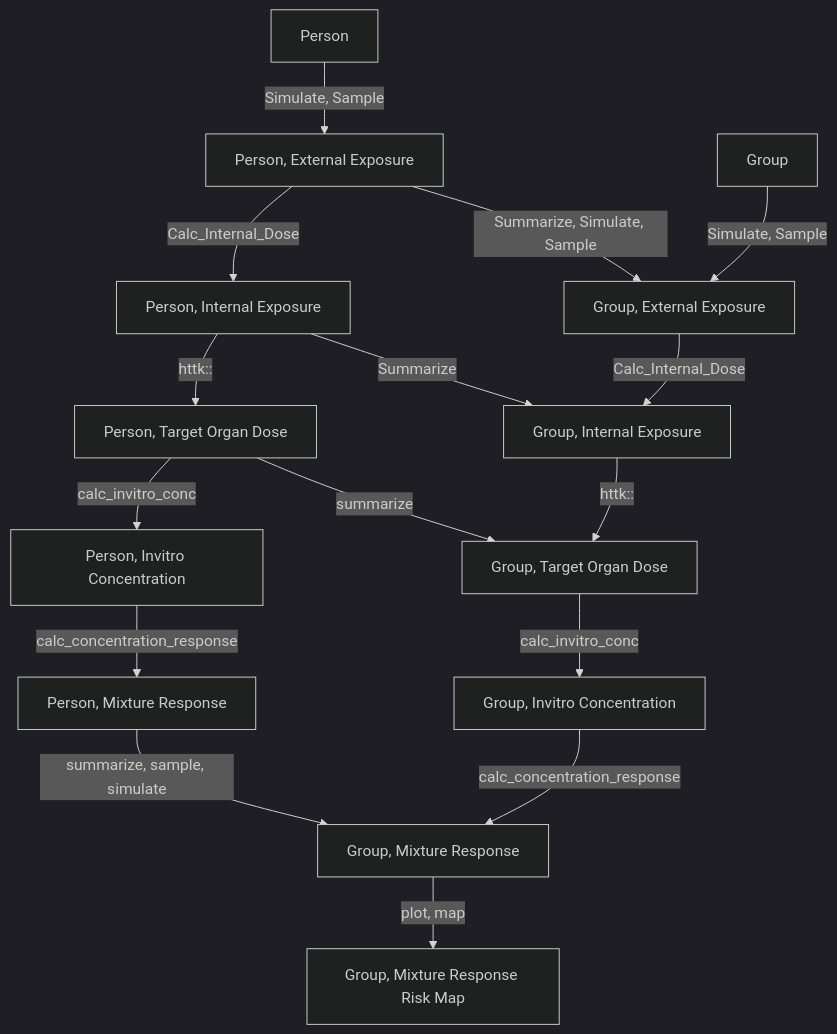
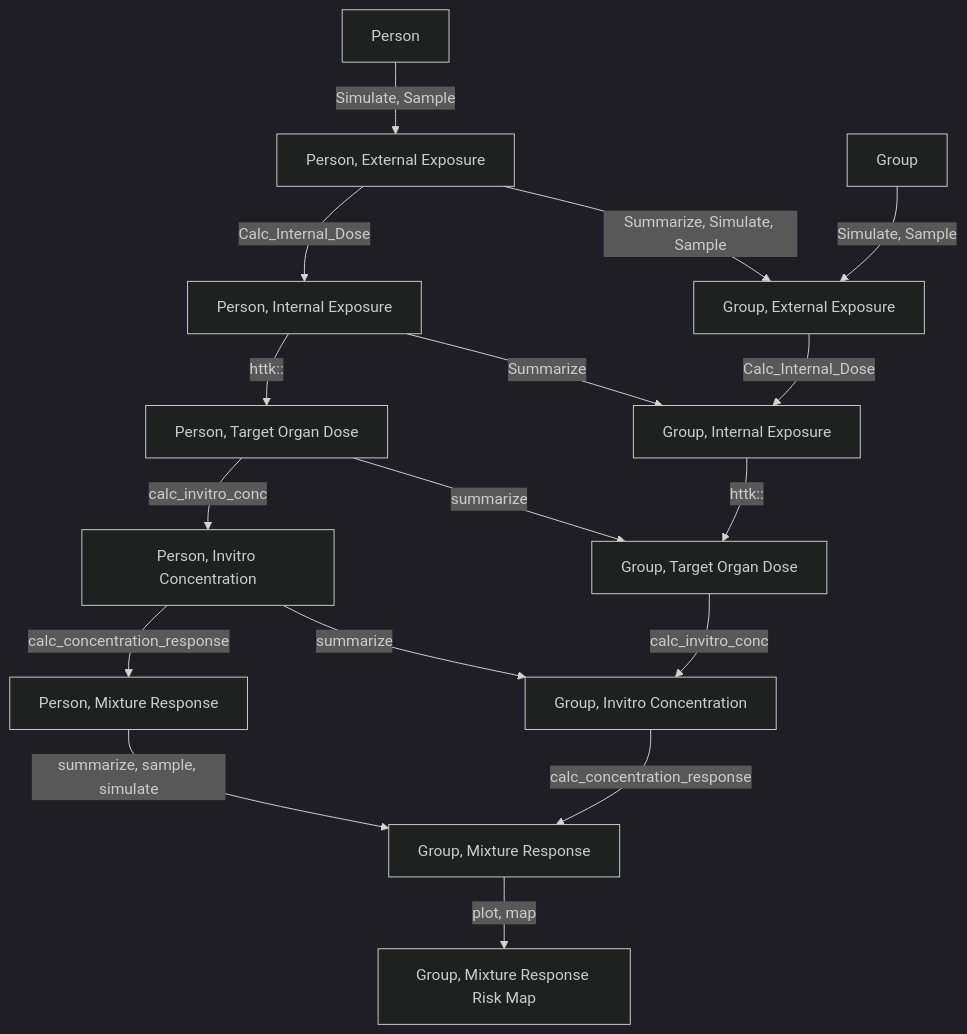
The second of 2 diagrams in pipeline.md (NIEHS/GeoTox), drawn with Mermaid (dark theme) before and after one commit.

````diff
--- a/pipeline.md
+++ b/pipeline.md
@@ -17,19 +17,20 @@
 ```mermaid
 graph TB;
     P1[Person] --> |Simulate, Sample| P2[Person, External Exposure];
     G1[Group] --> |Simulate, Sample| G2[Group, External Exposure];
     P2[Person, External Exposure] --> |Summarize, Simulate, Sample| G2[Group, External Exposure];
     P2[Person, External Exposure] --> |Calc_Internal_Dose| P3[Person, Internal Exposure];
     P3[Person, Internal Exposure] --> |Summarize| G3[Group, Internal Exposure];
     G2[Group, External Exposure] --> |Calc_Internal_Dose| G3[Group, Internal Exposure];
     P3[Person, Internal Exposure] --> |httk::| P4[Person, Target Organ Dose];
     G3[Group, Internal Exposure]--> |httk::| G4[Group, Target Organ Dose];
     P4[Person, Target Organ Dose] --> |summarize| G4[Group, Target Organ Dose];
     P4[Person, Target Organ Dose] --> |calc_invitro_conc| P5[Person, Invitro Concentration];
     G4[Group, Target Organ Dose]--> |calc_invitro_conc| G5[Group, Invitro Concentration];
+    P5[Person, Invitro Concentration] --> |summarize| G5[Group, Invitro Concentration];
     P5[Person, Invitro Concentration] --> |calc_concentration_response| P6[Person, Mixture Response];
     G5[Group, Invitro Concentration]--> |calc_concentration_response| G6[Group, Mixture Response];
     P6[Person, Mixture Response]--> |summarize, sample, simulate| G6[Group, Mixture Response];
     G6[Group, Mixture Response]--> |plot, map| G7[Group, Mixture Response Risk Map];
    
 ```
````
